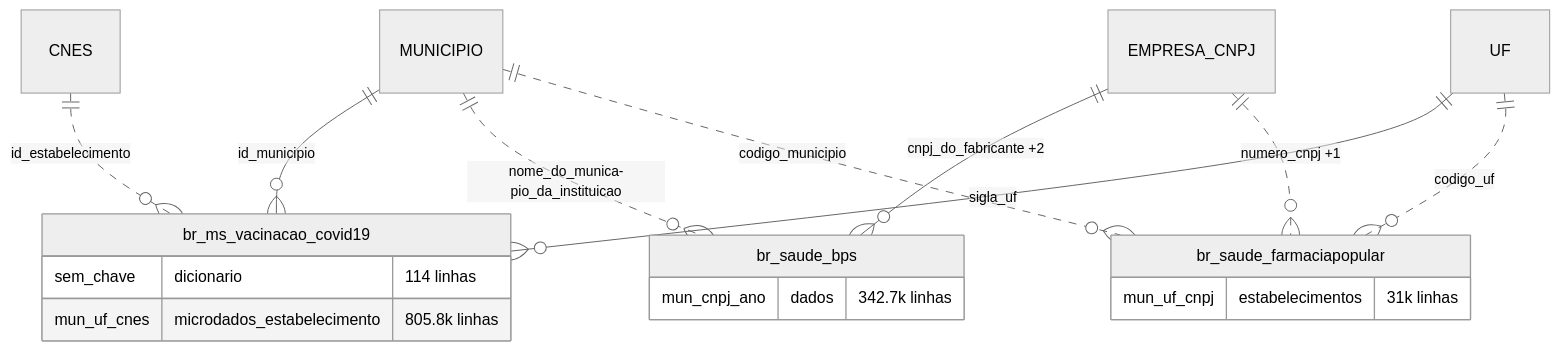
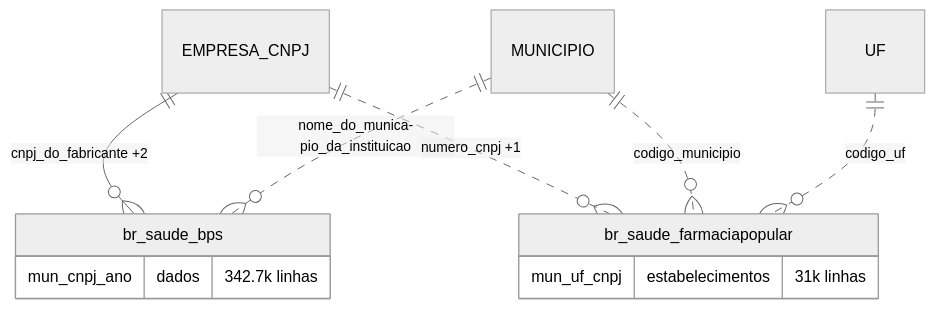
Before and after one commit to rafapolo/rodado: the fifth of 25 diagrams in docs/mapa/ERD.md, drawn with Mermaid (neutral theme). The commit also changed other lines of this file and 8 other files, not shown here.

````diff
--- a/docs/mapa/ERD.md
+++ b/docs/mapa/ERD.md
@@ -405,21 +407,14 @@
 ```mermaid
 erDiagram
-    CNES ||..o{ br_ms_vacinacao_covid19 : "id_estabelecimento"
-    MUNICIPIO ||--o{ br_ms_vacinacao_covid19 : "id_municipio"
-    UF ||--o{ br_ms_vacinacao_covid19 : "sigla_uf"
     EMPRESA_CNPJ ||--o{ br_saude_bps : "cnpj_do_fabricante +2"
     MUNICIPIO ||..o{ br_saude_bps : "nome_do_munica­pio_da_instituicao"
     EMPRESA_CNPJ ||..o{ br_saude_farmaciapopular : "numero_cnpj +1"
     MUNICIPIO ||..o{ br_saude_farmaciapopular : "codigo_municipio"
     UF ||..o{ br_saude_farmaciapopular : "codigo_uf"
-    br_ms_vacinacao_covid19 {
-        sem_chave dicionario "114 linhas"
-        mun_uf_cnes microdados_estabelecimento "805.8k linhas"
-    }
     br_saude_bps {
         mun_cnpj_ano dados "342.7k linhas"
     }
     br_saude_farmaciapopular {
         mun_uf_cnpj estabelecimentos "31k linhas"
     }
 ```
````
